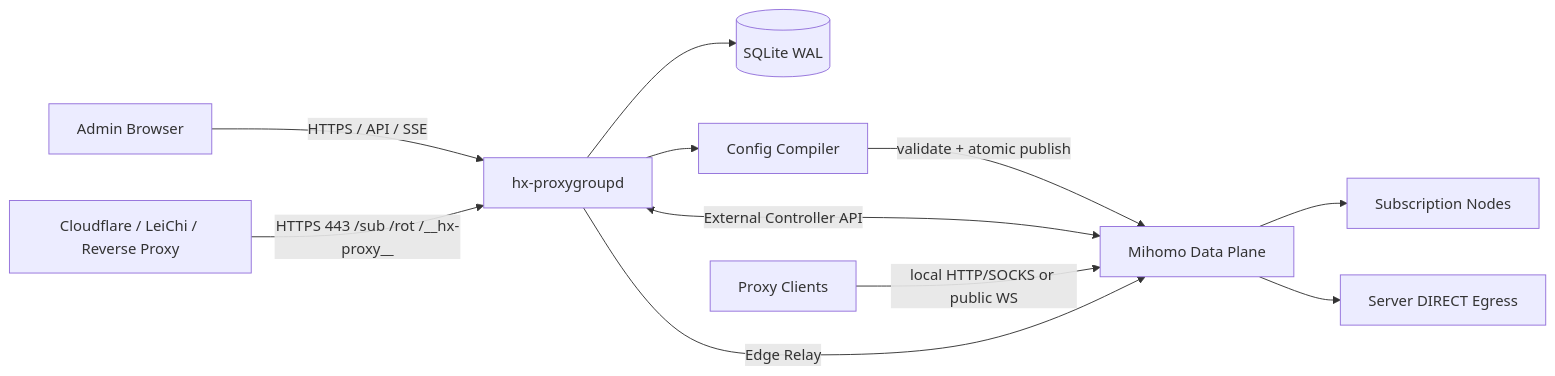
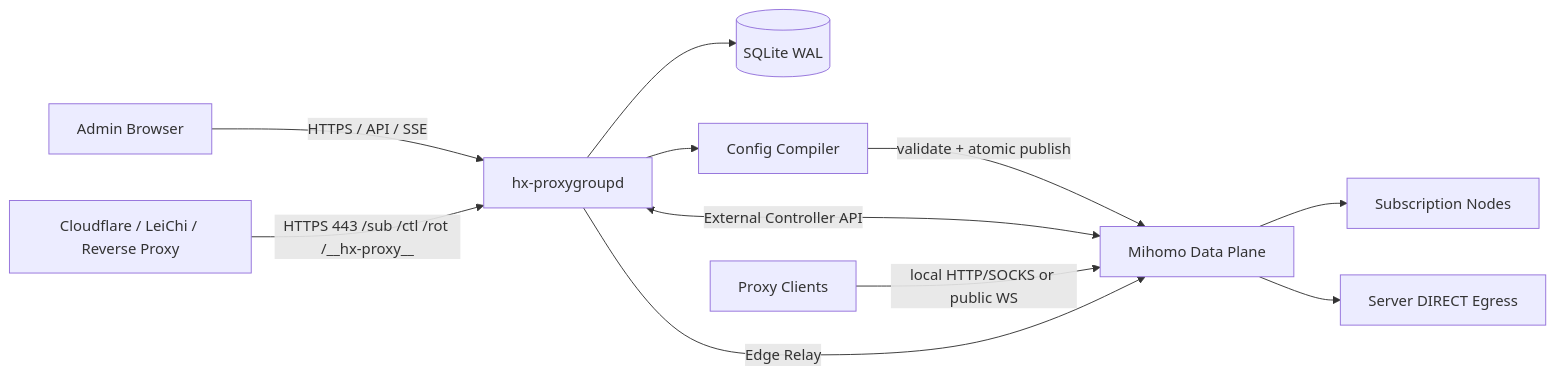
The first of 2 diagrams in docs/ARCHITECTURE.md (HengXin666/HX-ProxyGroup), drawn with Mermaid before and after one commit. The commit also changed other lines of this file and 76 other files, not shown here.

````diff
--- a/docs/ARCHITECTURE.md
+++ b/docs/ARCHITECTURE.md
@@ -12,13 +12,13 @@
 ```mermaid
 flowchart LR
     Admin[Admin Browser] -->|HTTPS / API / SSE| CP[hx-proxygroupd]
     CP --> DB[(SQLite WAL)]
     CP --> CFG[Config Compiler]
     CFG -->|validate + atomic publish| DP[Mihomo Data Plane]
     CP <-->|External Controller API| DP
     DP --> UP[Subscription Nodes]
     DP --> DIRECT[Server DIRECT Egress]
     Client[Proxy Clients] -->|local HTTP/SOCKS or public WS| DP
-    RP[Cloudflare / LeiChi / Reverse Proxy] -->|HTTPS 443 /sub /rot /__hx-proxy__| CP
+    RP[Cloudflare / LeiChi / Reverse Proxy] -->|HTTPS 443 /sub /ctl /rot /__hx-proxy__| CP
     CP -->|Edge Relay| DP
 ```
````
